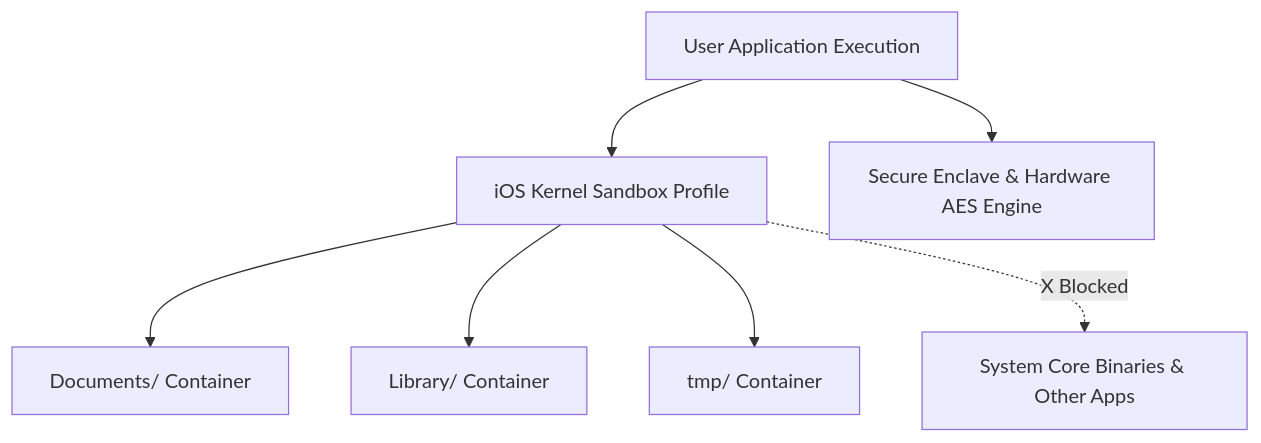
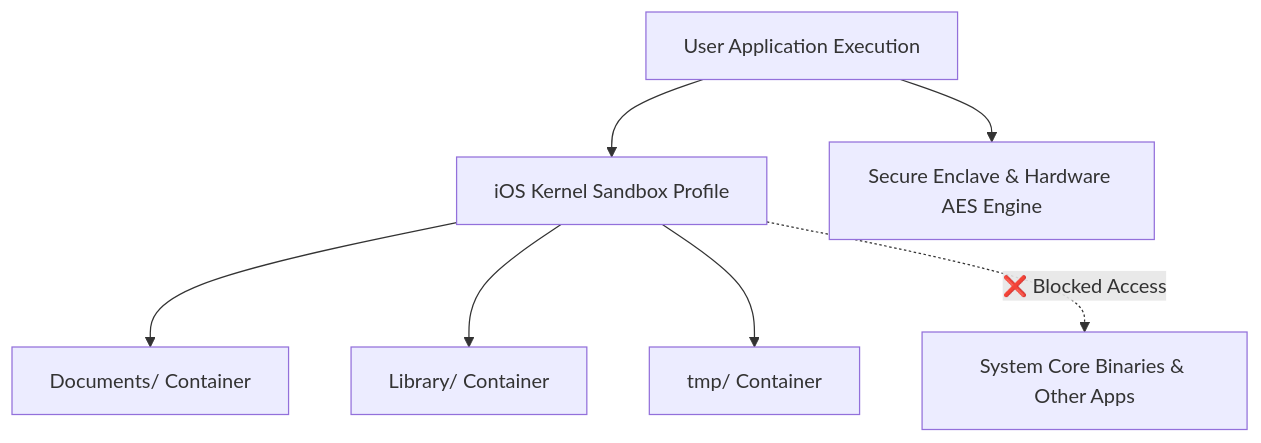
Before and after one commit to insafm/ignify: the diagram in bca_new/mcs203/topics/01-mobile-os.md, drawn with Mermaid. The commit also changed other lines of this file and 16 other files, not shown here.

````diff
--- a/bca_new/mcs203/topics/01-mobile-os.md
+++ b/bca_new/mcs203/topics/01-mobile-os.md
@@ -20,9 +166,9 @@
 ```mermaid
-graph TD
-    App[User Application Execution] --> Sandbox[iOS Kernel Sandbox Profile]
-    Sandbox --> Doc[Documents/ Container]
-    Sandbox --> Lib[Library/ Container]
-    Sandbox --> Tmp[tmp/ Container]
-    Sandbox -.X Blocked -.-> OS[System Core Binaries & Other Apps]
-    App --> Enclave[Secure Enclave & Hardware AES Engine]
+flowchart TD
+    App["User Application Execution"] --> Sandbox["iOS Kernel Sandbox Profile"]
+    Sandbox --> Doc["Documents/ Container"]
+    Sandbox --> Lib["Library/ Container"]
+    Sandbox --> Tmp["tmp/ Container"]
+    Sandbox -.->|"❌ Blocked Access"| OS["System Core Binaries & Other Apps"]
+    App --> Enclave["Secure Enclave & Hardware AES Engine"]
 ```
````
